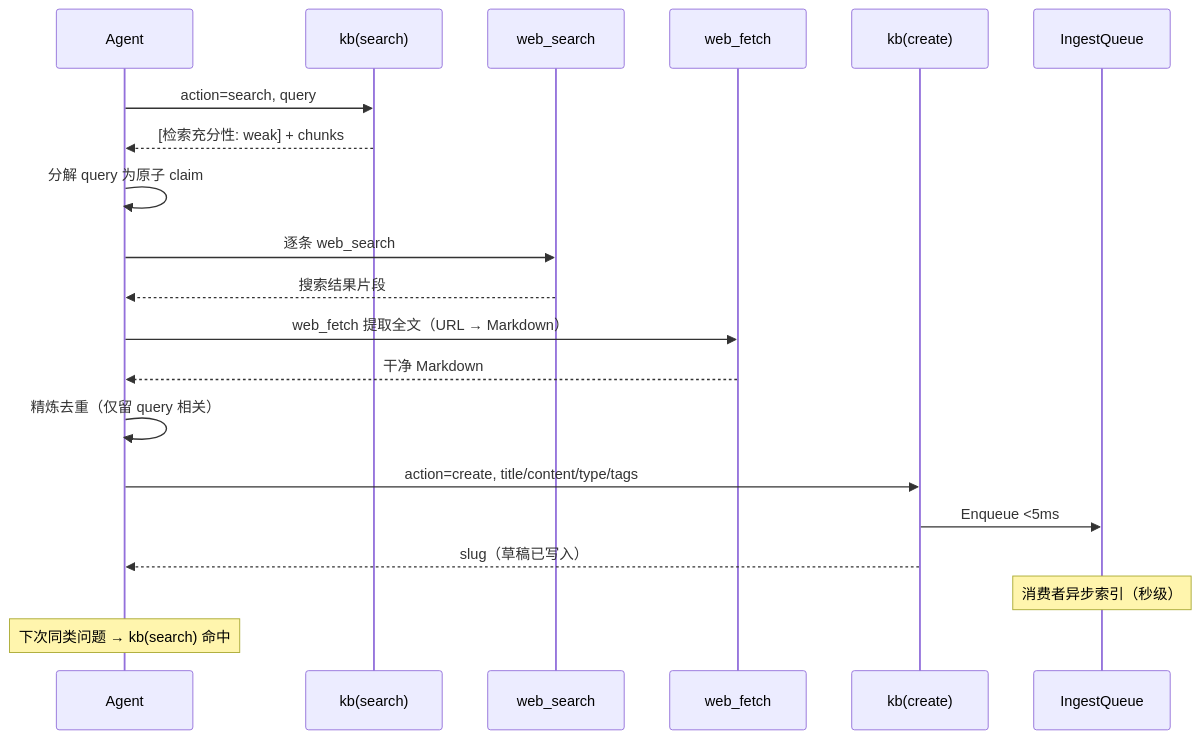
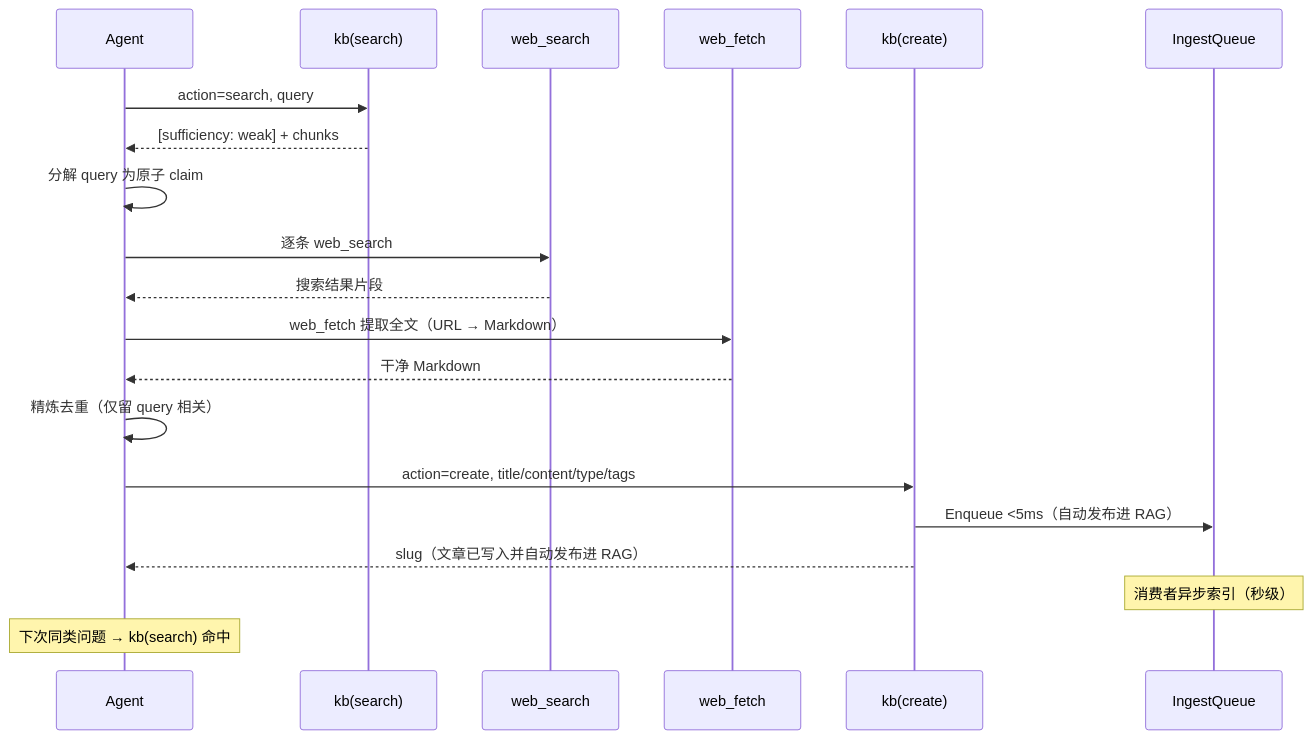
The second of 2 diagrams in docs/FLOW/knowledge/search-kb-loop-flow.md (int2t05/Cognik), drawn with Mermaid before and after one commit. The commit also changed other lines of this file and 19 other files, not shown here.

````diff
--- a/docs/FLOW/knowledge/search-kb-loop-flow.md
+++ b/docs/FLOW/knowledge/search-kb-loop-flow.md
@@ -64,23 +64,23 @@
 ```mermaid
 sequenceDiagram
     participant AG as Agent
     participant KB as kb(search)
     participant WS as web_search
     participant WF as web_fetch
     participant CRT as kb(create)
     participant Q as IngestQueue
 
     AG->>KB: action=search, query
-    KB-->>AG: [检索充分性: weak] + chunks
+    KB-->>AG: [sufficiency: weak] + chunks
     AG->>AG: 分解 query 为原子 claim
     AG->>WS: 逐条 web_search
     WS-->>AG: 搜索结果片段
     AG->>WF: web_fetch 提取全文（URL → Markdown）
     WF-->>AG: 干净 Markdown
     AG->>AG: 精炼去重（仅留 query 相关）
     AG->>CRT: action=create, title/content/type/tags
-    CRT->>Q: Enqueue <5ms
-    CRT-->>AG: slug（草稿已写入）
+    CRT->>Q: Enqueue <5ms（自动发布进 RAG）
+    CRT-->>AG: slug（文章已写入并自动发布进 RAG）
     Note over Q: 消费者异步索引（秒级）
     Note over AG: 下次同类问题 → kb(search) 命中
 ```
````
